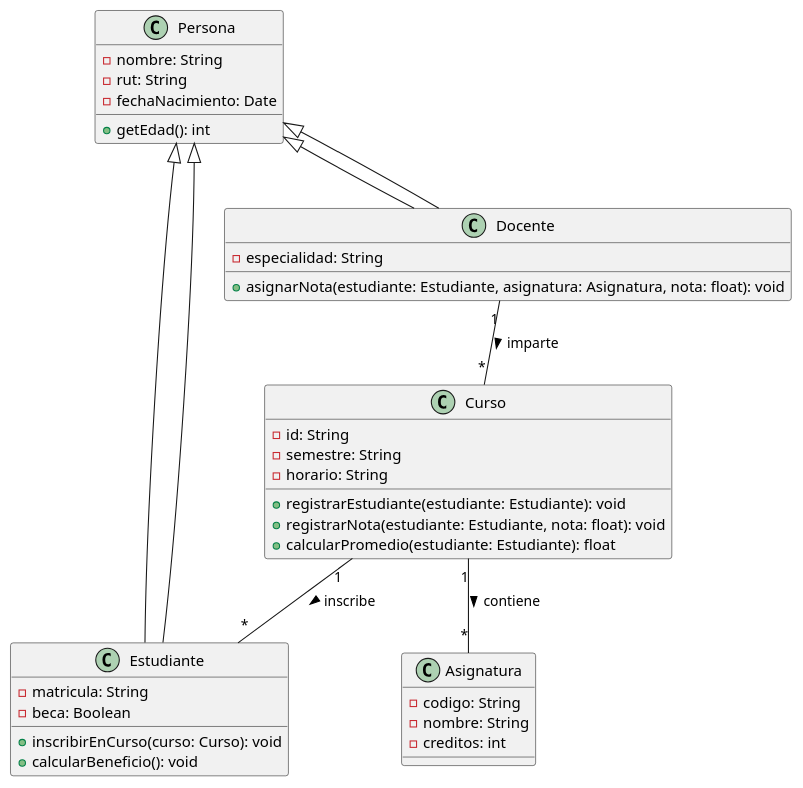
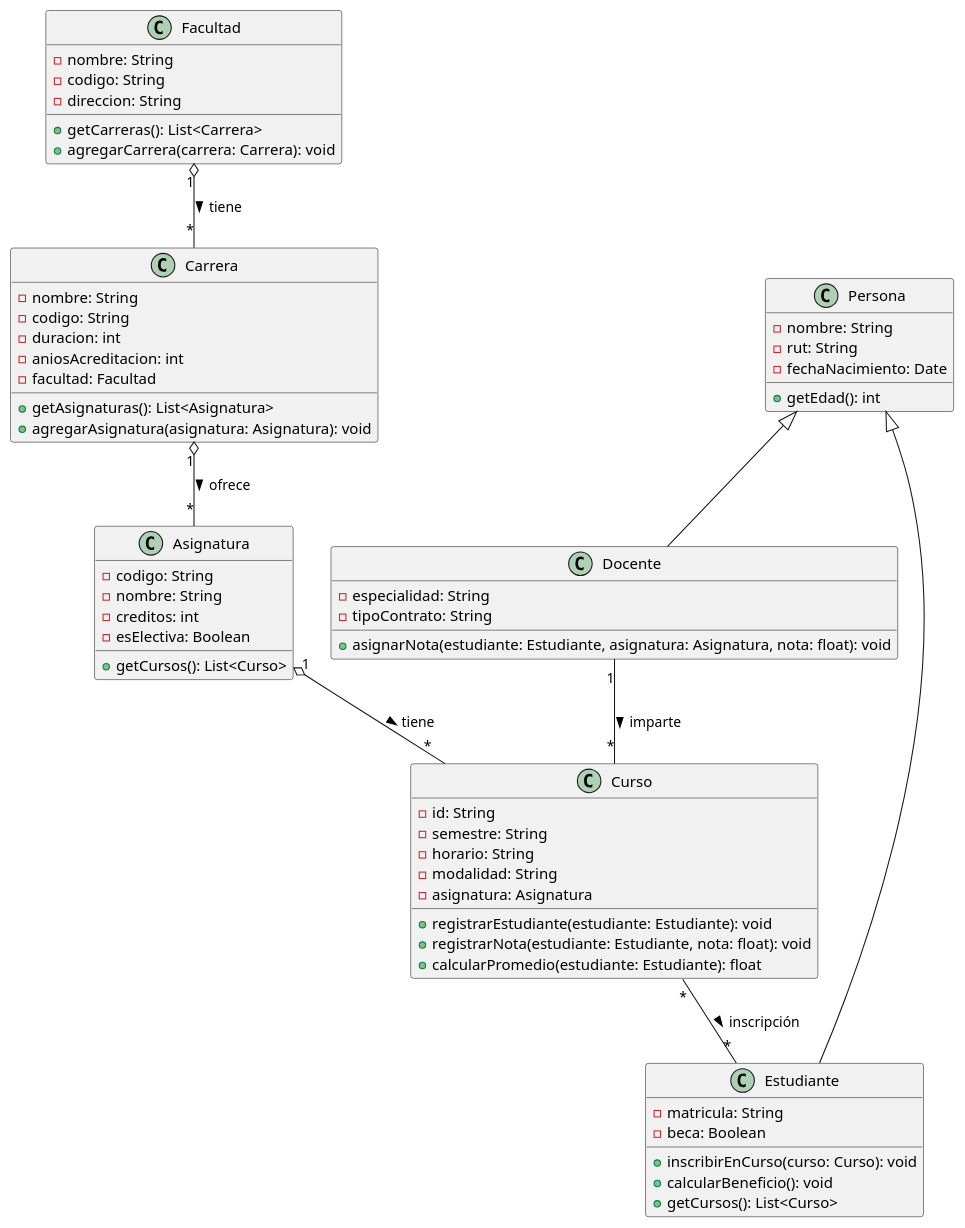
One commit to hersil7/tarea_semana4_POO changed the diagram in uml_sistema_academico.puml. Above: the diagram before and after it, drawn with PlantUML. The commit also changed 3 other files, not shown here.

Commit message:
Diagrama final más inicio parte Python

```diff
--- a/uml_sistema_academico.puml
+++ b/uml_sistema_academico.puml
@@ -1,47 +1,75 @@
 @startuml tarea_uml_sistema_academico
 ' Diagrama de clases UML - Sistema Académico
+
+class Facultad {
+  - nombre: String
+  - codigo: String
+  - direccion: String
+  + getCarreras(): List<Carrera>
+  + agregarCarrera(carrera: Carrera): void
+}
+
+class Carrera {
+  - nombre: String
+  - codigo: String
+  - duracion: int
+  - aniosAcreditacion: int
+  - facultad: Facultad
+  + getAsignaturas(): List<Asignatura>
+  + agregarAsignatura(asignatura: Asignatura): void
+}
 
 ' Clase base Persona
 class Persona {
   - nombre: String
   - rut: String
   - fechaNacimiento: Date
   + getEdad(): int
 }
 
 ' Herencia: Estudiante y Docente
 class Estudiante extends Persona {
   - matricula: String
   - beca: Boolean
   + inscribirEnCurso(curso: Curso): void
   + calcularBeneficio(): void
+  + getCursos(): List<Curso>
 }
 
 class Docente extends Persona {
   - especialidad: String
+  - tipoContrato: String
   + asignarNota(estudiante: Estudiante, asignatura: Asignatura, nota: float): void
 }
+
 
 class Asignatura {
   - codigo: String
   - nombre: String
   - creditos: int
+  - esElectiva: Boolean
+  + getCursos(): List<Curso>
 }
 
 class Curso {
   - id: String
   - semestre: String
   - horario: String
+  - modalidad: String
+  - asignatura: Asignatura
   + registrarEstudiante(estudiante: Estudiante): void
   + registrarNota(estudiante: Estudiante, nota: float): void
   + calcularPromedio(estudiante: Estudiante): float
 }
 
+
+
+
 ' Relaciones
-Persona <|-- Estudiante
-Persona <|-- Docente
-Curso "1" -- "*" Estudiante : inscribe >
-Curso "1" -- "*" Asignatura : contiene >
+Facultad "1" o-- "*" Carrera : tiene >
+Carrera "1" o-- "*" Asignatura : ofrece >
+Asignatura "1" o-- "*" Curso : tiene >
+Curso "*" -- "*" Estudiante : inscripción >
 Docente "1" -- "*" Curso : imparte >
 
 @enduml
```
